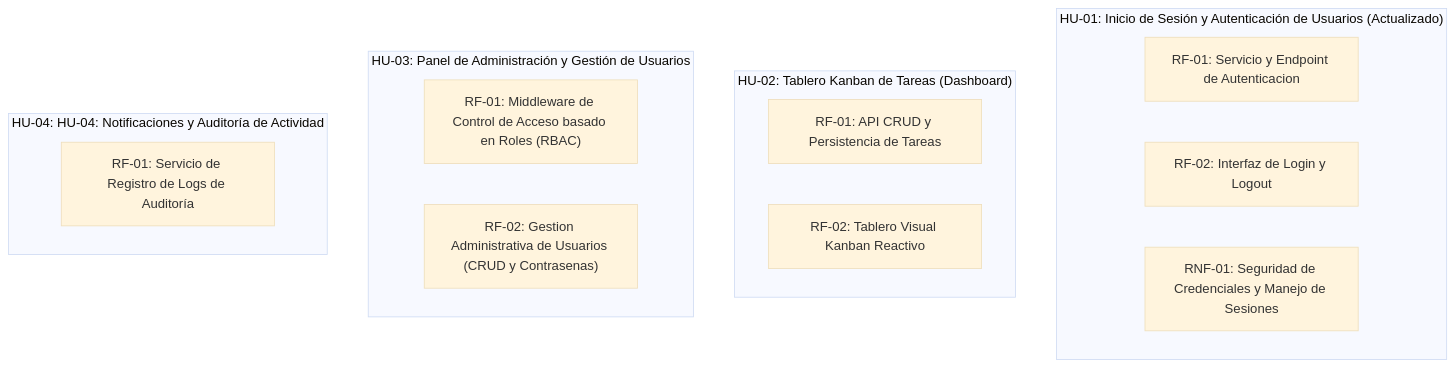
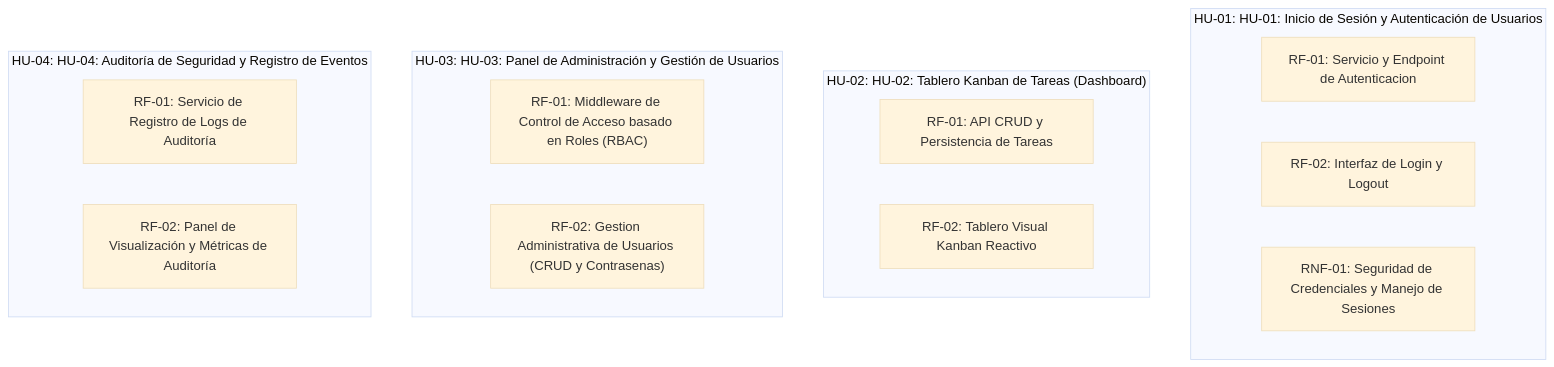
Before and after one commit to fiemcasals/PRUEBA_SCRUM: the diagram in docs/grafo.md, drawn with Mermaid (base theme). The commit also changed other lines of this file, not shown here.

Commit message:
Auto-publish: actualiza docs/grafo.md

````diff
--- a/docs/grafo.md
+++ b/docs/grafo.md
@@ -5,19 +5,20 @@
 ```mermaid
 graph TD
-  subgraph US_1786548038997["HU-01: Inicio de Sesión y Autenticación de Usuarios (Actualizado)"]
+  subgraph US_1786548038997["HU-01: HU-01: Inicio de Sesión y Autenticación de Usuarios"]
     REQ_1786550047158["RF-01: Servicio y Endpoint de Autenticacion"]
     REQ_1786550047244["RF-02: Interfaz de Login y Logout"]
     REQ_1786550047330["RNF-01: Seguridad de Credenciales y Manejo de Sesiones"]
   end
-  subgraph US_1786548041528["HU-02: Tablero Kanban de Tareas (Dashboard)"]
+  subgraph US_1786548041528["HU-02: HU-02: Tablero Kanban de Tareas (Dashboard)"]
     REQ_1786550047416["RF-01: API CRUD y Persistencia de Tareas"]
     REQ_1786550047501["RF-02: Tablero Visual Kanban Reactivo"]
   end
-  subgraph US_1786548043984["HU-03: Panel de Administración y Gestión de Usuarios"]
+  subgraph US_1786548043984["HU-03: HU-03: Panel de Administración y Gestión de Usuarios"]
     REQ_1786550047567["RF-01: Middleware de Control de Acceso basado en Roles (RBAC)"]
     REQ_1786550047637["RF-02: Gestion Administrativa de Usuarios (CRUD y Contrasenas)"]
   end
-  subgraph US_1786638004323["HU-04: HU-04: Notificaciones y Auditoría de Actividad"]
+  subgraph US_1786638004323["HU-04: HU-04: Auditoría de Seguridad y Registro de Eventos"]
     REQ_1786638016981["RF-01: Servicio de Registro de Logs de Auditoría"]
+    REQ_1786638091109["RF-02: Panel de Visualización y Métricas de Auditoría"]
   end
 ```
````
